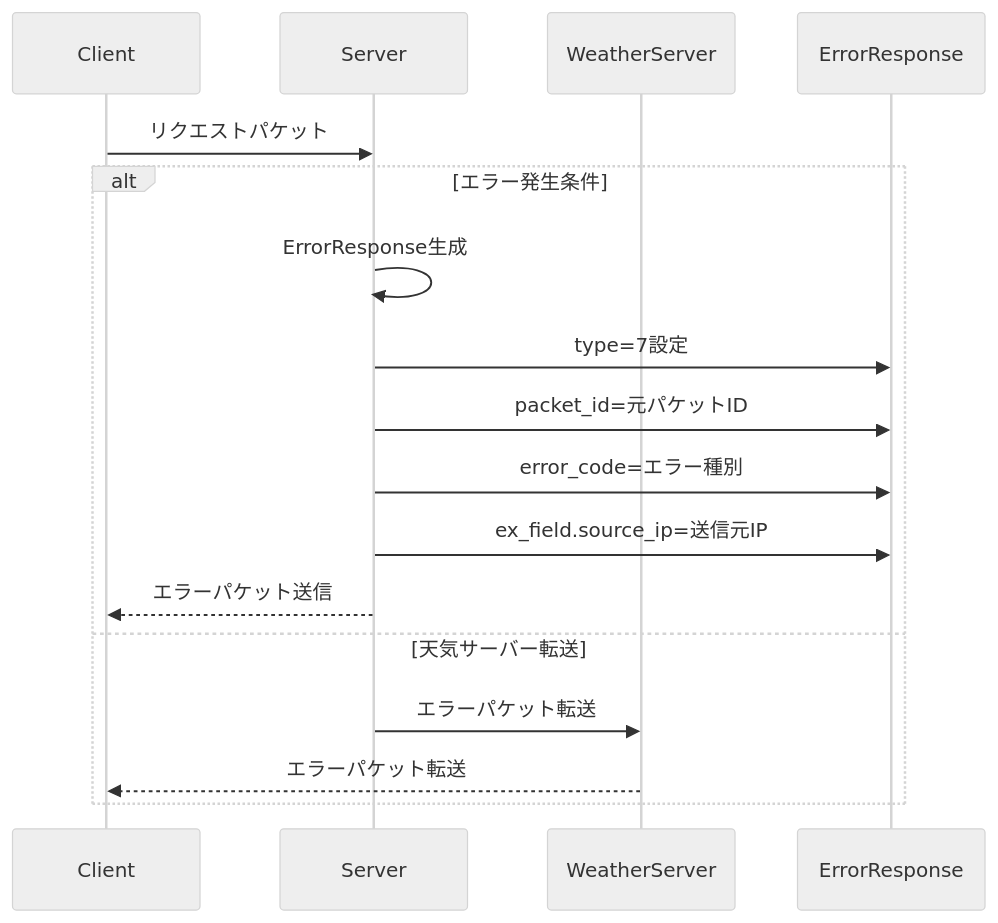
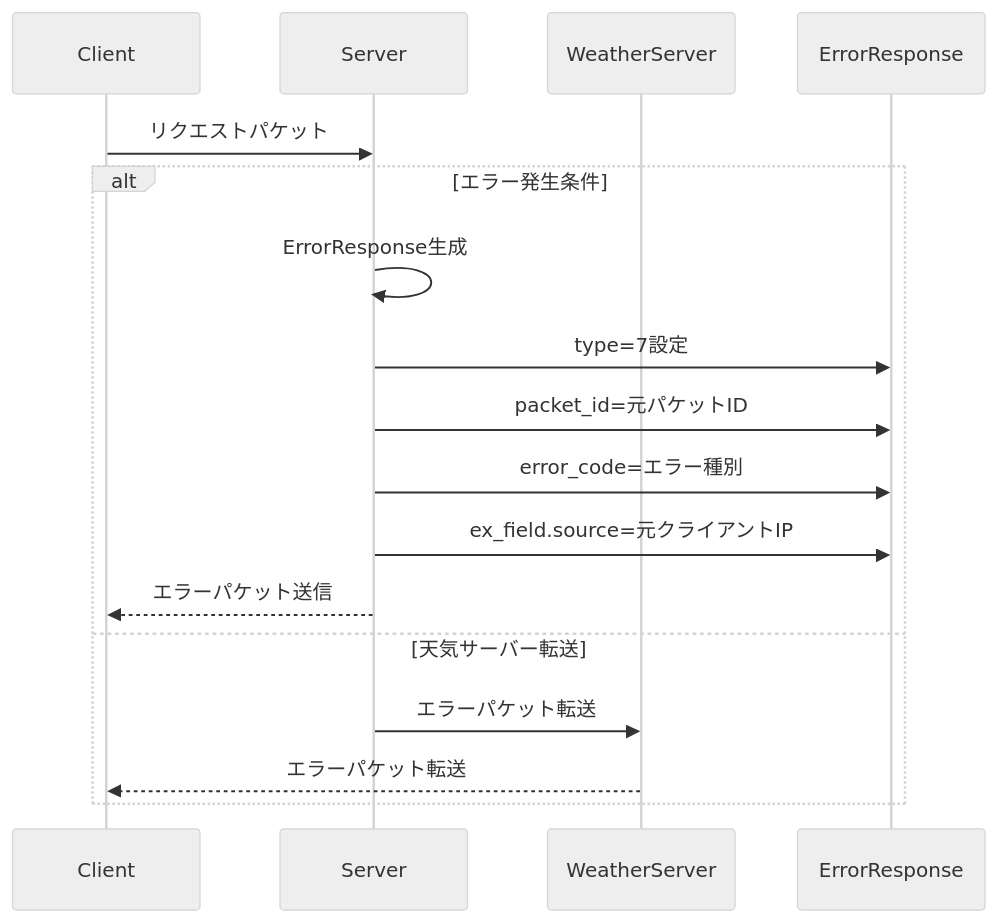
Before and after one commit to U22-2025/WIP: the second of 3 diagrams in error_handling_spec.md, drawn with Mermaid (neutral theme). The commit also changed other lines of this file and 15 other files, not shown here.

````diff
--- a/error_handling_spec.md
+++ b/error_handling_spec.md
@@ -26,19 +33,19 @@
 ```mermaid
 sequenceDiagram
     participant Client
     participant Server
     participant WeatherServer
 
     Client->>Server: リクエストパケット
     alt エラー発生条件
         Server->>Server: ErrorResponse生成
         Server->>ErrorResponse: type=7設定
         Server->>ErrorResponse: packet_id=元パケットID
         Server->>ErrorResponse: error_code=エラー種別
-        Server->>ErrorResponse: ex_field.source_ip=送信元IP
+        Server->>ErrorResponse: ex_field.source=元クライアントIP
         Server-->>Client: エラーパケット送信
     else 天気サーバー転送
         Server->>WeatherServer: エラーパケット転送
         WeatherServer-->>Client: エラーパケット転送
     end
 ```
````
